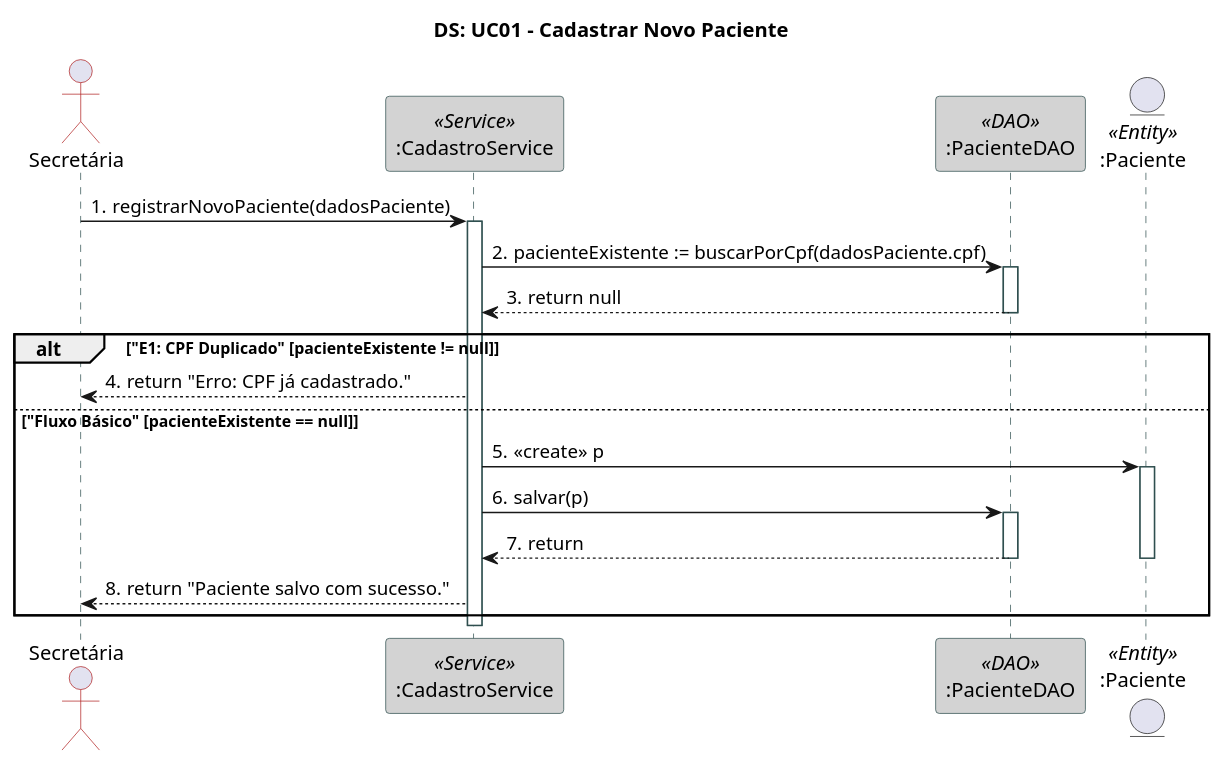
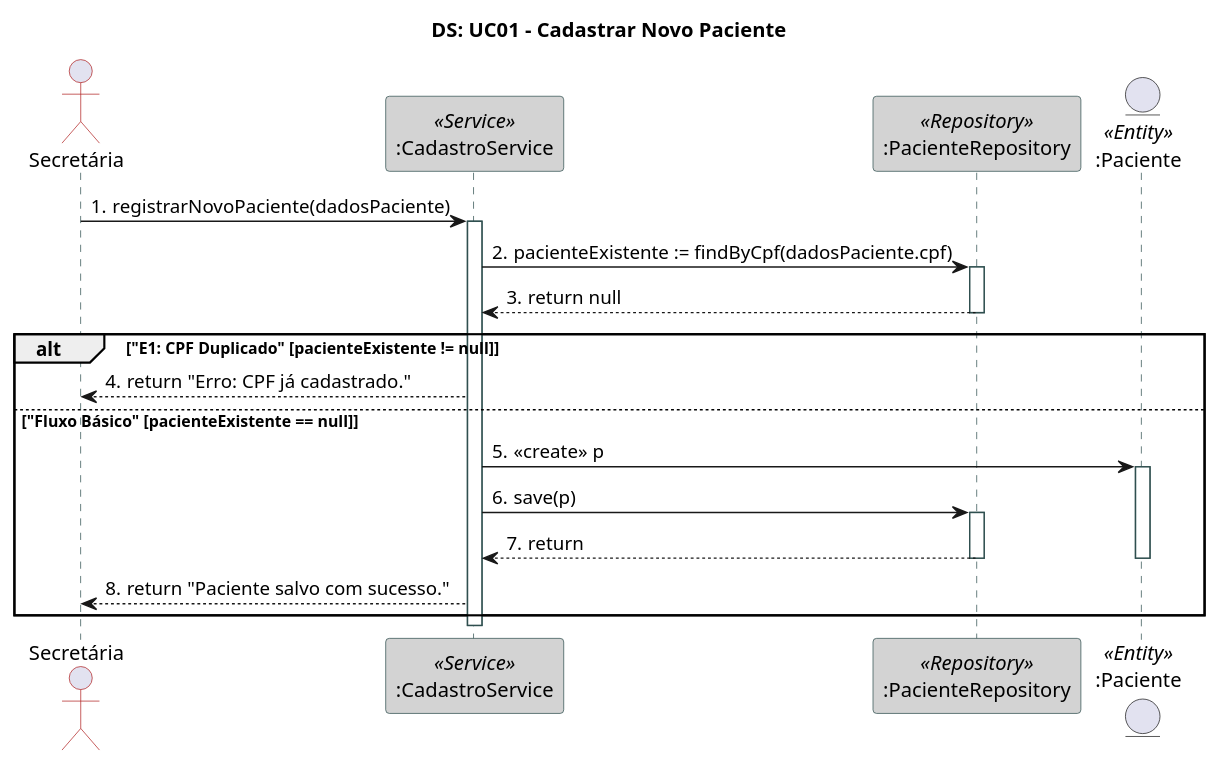
Before and after one commit to ps-es-2025-2/grupo4: the first of 10 diagrams in docs/documentos-finais-definitivos/3.7_3.9_3.10_Modelagens/3.9. Modelagem de Interações/3.9. Modelagem de Interações.md, drawn with PlantUML. The commit also changed other lines of this file and 29 other files, not shown here.

````diff
--- a/docs/documentos-finais-definitivos/3.7_3.9_3.10_Modelagens/3.9. Modelagem de Interações/3.9. Modelagem de Interações.md
+++ b/docs/documentos-finais-definitivos/3.7_3.9_3.10_Modelagens/3.9. Modelagem de Interações/3.9. Modelagem de Interações.md
@@ -27,65 +88,65 @@
 ```plantuml
 @startuml
 
 ' Diagrama de Sequência para UC01: Cadastrar Novo Paciente
 ' Baseado no Fluxo Básico e Exceção E1 do documento de Casos de Uso
 ' e métodos do Diagrama de Classes.
 
 skinparam participant {
   BorderColor DarkSlateGray
   BackgroundColor LightGray
   ArrowColor Firebrick
 }
 
 skinparam sequence {
   LifeLineBorderColor DarkSlateGray
   ActorBorderColor Firebrick
 }
 
 title "DS: UC01 - Cadastrar Novo Paciente"
 
 actor Secretária as Actor
 
 ' Define os participantes conforme o Diagrama de Classes e Arquitetura Lógica
 ' O CadastroService atua como Controlador/Facade
 participant ":CadastroService" as Service <<Service>>
-participant ":PacienteDAO" as DAO <<DAO>>
+participant ":PacienteRepository" as Repository <<Repository>>
 entity ":Paciente" as Paciente <<Entity>>
 
 autonumber "0."
 
 Actor -> Service: registrarNovoPaciente(dadosPaciente)
 activate Service
 
 ' Passo 4: O Sistema valida o formato e a unicidade do CPF.
-Service -> DAO: pacienteExistente := buscarPorCpf(dadosPaciente.cpf)
-activate DAO
+Service -> Repository: pacienteExistente := findByCpf(dadosPaciente.cpf)
+activate Repository
 
-' Supondo que o DAO consulta o banco e não encontra o CPF
-DAO --> Service: return null
-deactivate DAO
+' Supondo que o Repository consulta o banco e não encontra o CPF
+Repository --> Service: return null
+deactivate Repository
 
 ' Bloco de alternativa (alt) para tratar o Fluxo de Exceção E1
 alt "E1: CPF Duplicado" [pacienteExistente != null]
   Service --> Actor: return "Erro: CPF já cadastrado."
 else "Fluxo Básico" [pacienteExistente == null]
   ' Passo 7: O Sistema salva o novo registro
   ' O Serviço cria a entidade
   Service -> Paciente: <<create>> p
   activate Paciente
   
-  ' O Serviço comanda o DAO para salvar a entidade
-  Service -> DAO: salvar(p)
-  activate DAO
-  DAO --> Service: return
-  deactivate DAO
+  ' O Serviço comanda o Repository para salvar a entidade
+  Service -> Repository: save(p)
+  activate Repository
+  Repository --> Service: return
+  deactivate Repository
   deactivate Paciente
   
   ' Passo 8: O caso de uso é encerrado
   Service --> Actor: return "Paciente salvo com sucesso."
 end
 
 deactivate Service
 
 @enduml
 ```
````
